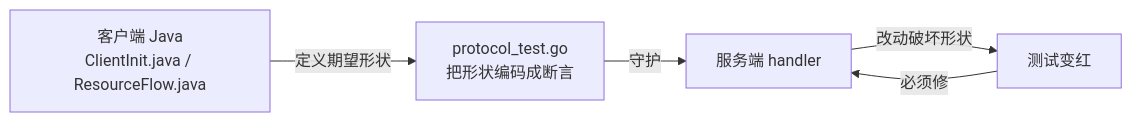
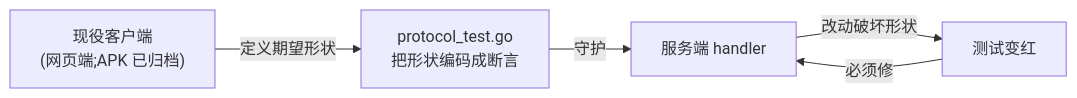
The first of 5 diagrams in contributing/server/protocol-fidelity.md (MagirecoCN-Revival-Project/magireco-cnv-docs), drawn with Mermaid before and after one commit. The commit also changed other lines of this file and 25 other files, not shown here.

````diff
--- a/contributing/server/protocol-fidelity.md
+++ b/contributing/server/protocol-fidelity.md
@@ -9,7 +9,7 @@
 ```mermaid
 flowchart LR
-    J["客户端 Java<br/>ClientInit.java / ResourceFlow.java"] -->|"定义期望形状"| T["protocol_test.go<br/>把形状编码成断言"]
+    J["现役客户端<br/>(网页端;APK 已归档)"] -->|"定义期望形状"| T["protocol_test.go<br/>把形状编码成断言"]
     T -->|"守护"| H["服务端 handler"]
     H -->|"改动破坏形状"| RED["测试变红"]
     RED -->|"必须修"| H
 ```
````
